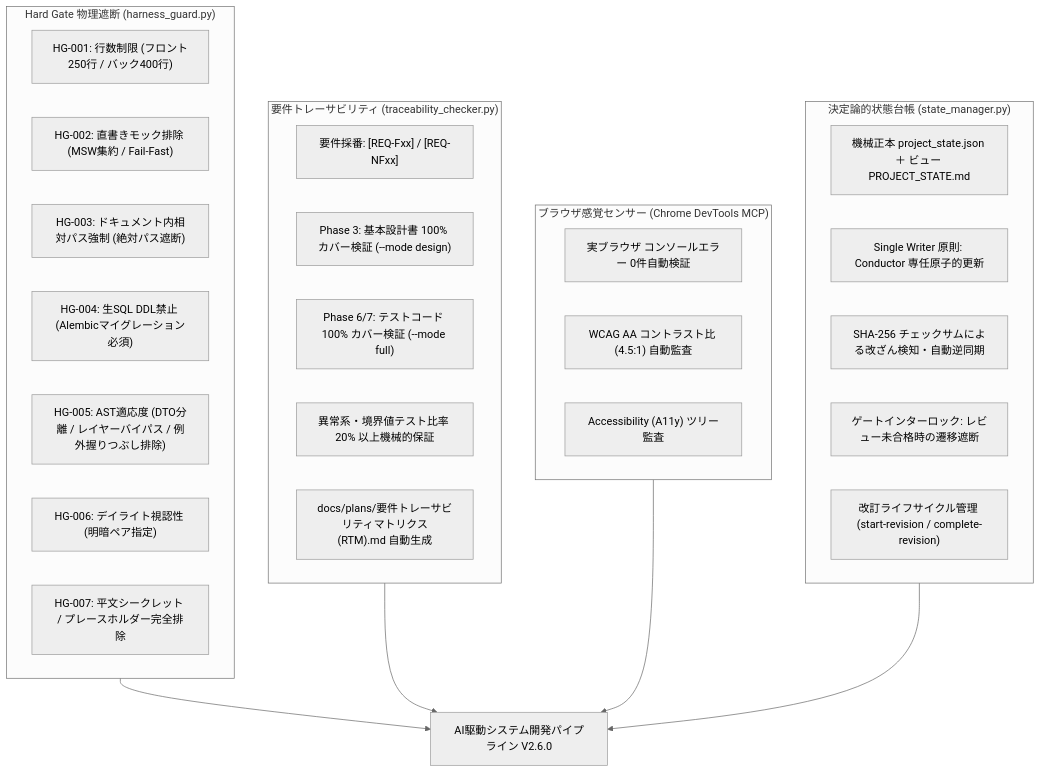
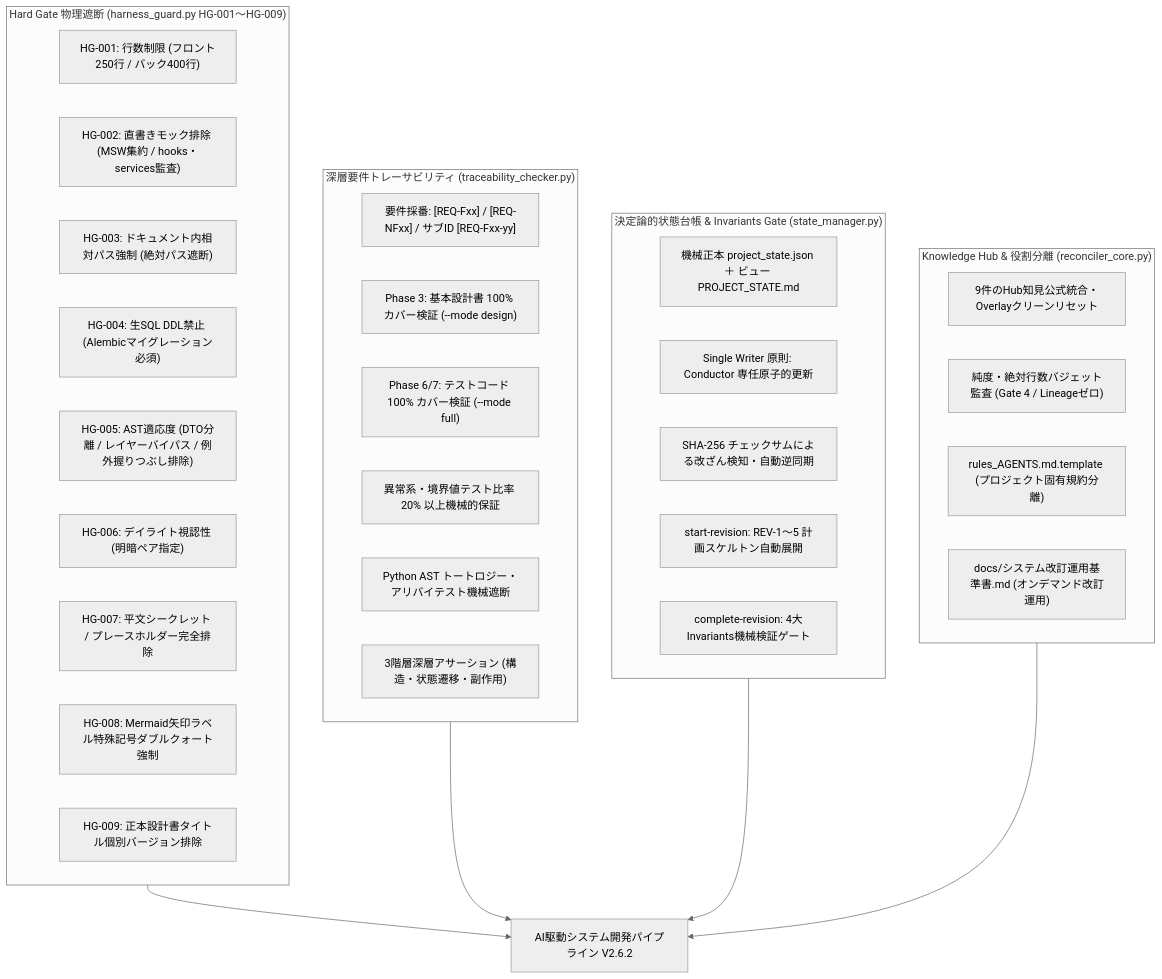
The first of 3 diagrams in README.md (LeoPanda/template), drawn with Mermaid (neutral theme) before and after one commit. The commit also changed other lines of this file and 69 other files, not shown here.

````diff
--- a/README.md
+++ b/README.md
@@ -26,36 +30,40 @@
 ```mermaid
 flowchart TD
-    subgraph H1["Hard Gate 物理遮断 (harness_guard.py)"]
+    subgraph H1["Hard Gate 物理遮断 (harness_guard.py HG-001〜HG-009)"]
         H1_1["HG-001: 行数制限 (フロント250行 / バック400行)"]
-        H1_2["HG-002: 直書きモック排除 (MSW集約 / Fail-Fast)"]
+        H1_2["HG-002: 直書きモック排除 (MSW集約 / hooks・services監査)"]
         H1_3["HG-003: ドキュメント内相対パス強制 (絶対パス遮断)"]
         H1_4["HG-004: 生SQL DDL禁止 (Alembicマイグレーション必須)"]
         H1_5["HG-005: AST適応度 (DTO分離 / レイヤーバイパス / 例外握りつぶし排除)"]
         H1_6["HG-006: デイライト視認性 (明暗ペア指定)"]
         H1_7["HG-007: 平文シークレット / プレースホルダー完全排除"]
+        H1_8["HG-008: Mermaid矢印ラベル特殊記号ダブルクォート強制"]
+        H1_9["HG-009: 正本設計書タイトル個別バージョン排除"]
     end
 
-    subgraph H2["要件トレーサビリティ (traceability_checker.py)"]
-        H2_1["要件採番: [REQ-Fxx] / [REQ-NFxx]"]
+    subgraph H2["深層要件トレーサビリティ (traceability_checker.py)"]
+        H2_1["要件採番: [REQ-Fxx] / [REQ-NFxx] / サブID [REQ-Fxx-yy]"]
         H2_2["Phase 3: 基本設計書 100% カバー検証 (--mode design)"]
         H2_3["Phase 6/7: テストコード 100% カバー検証 (--mode full)"]
         H2_4["異常系・境界値テスト比率 20% 以上機械的保証"]
-        H2_5["docs/plans/要件トレーサビリティマトリクス(RTM).md 自動生成"]
+        H2_5["Python AST トートロジー・アリバイテスト機械遮断"]
+        H2_6["3階層深層アサーション (構造・状態遷移・副作用)"]
     end
 
-    subgraph H3["ブラウザ感覚センサー (Chrome DevTools MCP)"]
-        H3_1["実ブラウザ コンソールエラー 0件自動検証"]
-        H3_2["WCAG AA コントラスト比 (4.5:1) 自動監査"]
-        H3_3["Accessibility (A11y) ツリー監査"]
+    subgraph H3["決定論的状態台帳 & Invariants Gate (state_manager.py)"]
+        H3_1["機械正本 project_state.json ＋ ビュー PROJECT_STATE.md"]
+        H3_2["Single Writer 原則: Conductor 専任原子的更新"]
+        H3_3["SHA-256 チェックサムによる改ざん検知・自動逆同期"]
+        H3_4["start-revision: REV-1〜5 計画スケルトン自動展開"]
+        H3_5["complete-revision: 4大Invariants機械検証ゲート"]
     end
 
-    subgraph H4["決定論的状態台帳 (state_manager.py)"]
-        H4_1["機械正本 project_state.json ＋ ビュー PROJECT_STATE.md"]
-        H4_2["Single Writer 原則: Conductor 専任原子的更新"]
-        H4_3["SHA-256 チェックサムによる改ざん検知・自動逆同期"]
-        H4_4["ゲートインターロック: レビュー未合格時の遷移遮断"]
-        H4_5["改訂ライフサイクル管理 (start-revision / complete-revision)"]
+    subgraph H4["Knowledge Hub & 役割分離 (reconciler_core.py)"]
+        H4_1["9件のHub知見公式統合・Overlayクリーンリセット"]
+        H4_2["純度・絶対行数バジェット監査 (Gate 4 / Lineageゼロ)"]
+        H4_3["rules_AGENTS.md.template (プロジェクト固有規約分離)"]
+        H4_4["docs/システム改訂運用基準書.md (オンデマンド改訂運用)"]
     end
 
-    H1 & H2 & H3 & H4 --> V26["AI駆動システム開発パイプライン V2.6.0"]
+    H1 & H2 & H3 & H4 --> V262["AI駆動システム開発パイプライン V2.6.2"]
 ```
````
